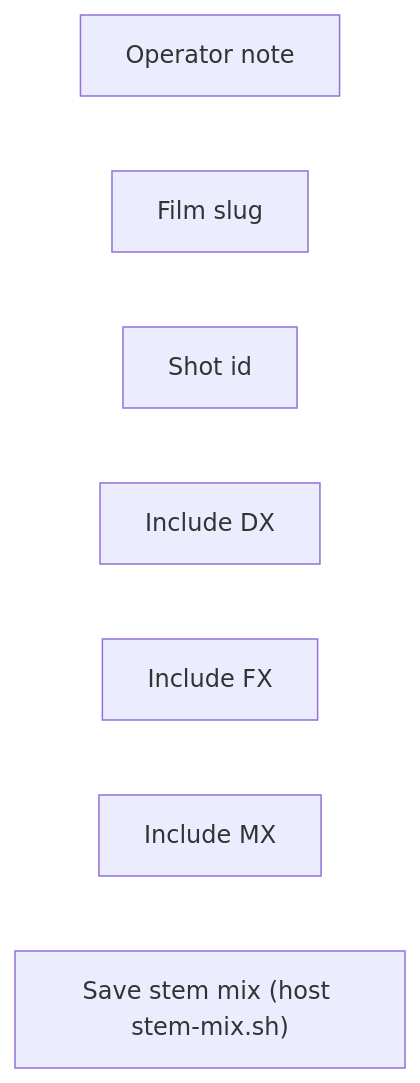
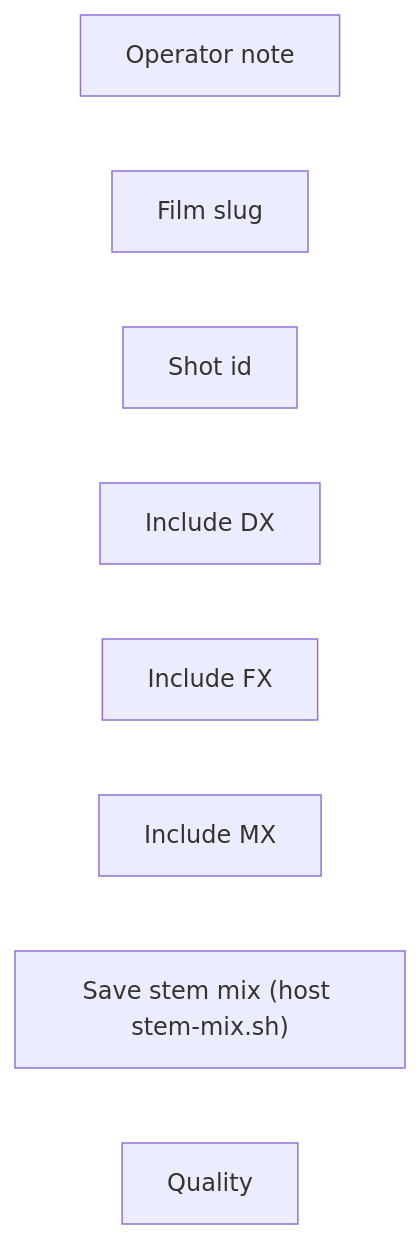
The diagram in docs/generated/workflows/audio/finish.md (toxicoder/ez-comfy-stack), drawn with Mermaid before and after one commit. The commit also changed other lines of this file and 644 other files, not shown here.

````diff
--- a/docs/generated/workflows/audio/finish.md
+++ b/docs/generated/workflows/audio/finish.md
@@ -62,10 +62,11 @@
 ```mermaid
 flowchart LR
   N1["Operator note"]
   N2["Film slug"]
   N3["Shot id"]
   N4["Include DX"]
   N5["Include FX"]
   N6["Include MX"]
   N7["Save stem mix (host stem-mix.sh)"]
+  N8["Quality"]
 ```
````
